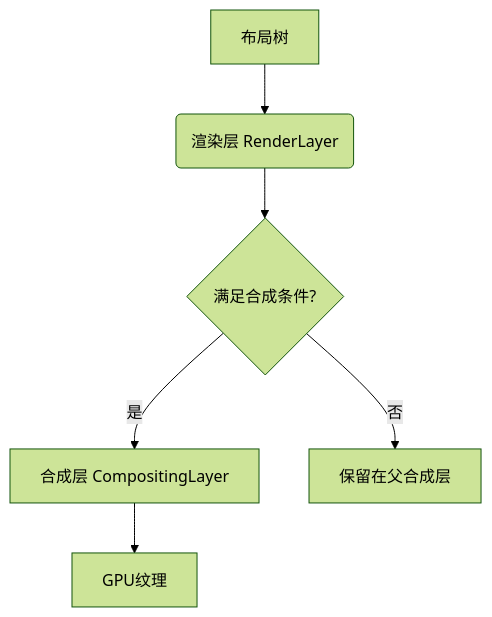
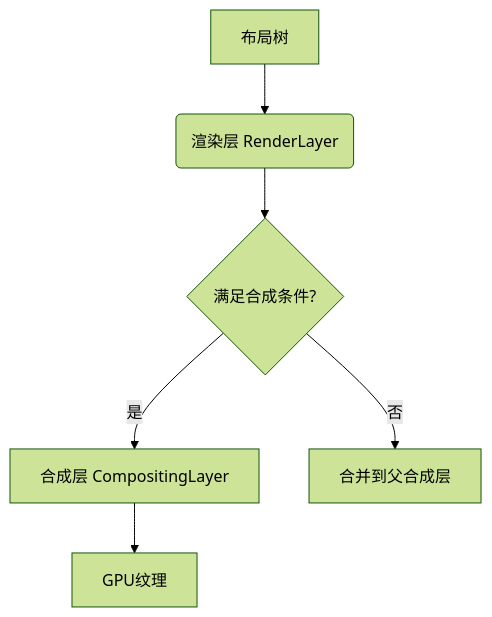
Before and after one commit to jianhua1996/vitepress-blog: the third of 4 diagrams in posts/浏览器渲染原理（二）.md, drawn with Mermaid (forest theme). The commit also changed other lines of this file and 2 other files, not shown here.

````diff
--- a/posts/浏览器渲染原理（二）.md
+++ b/posts/浏览器渲染原理（二）.md
@@ -126,8 +176,8 @@
 ```mermaid
-graph TD
-    A[布局树] --> B(渲染层 RenderLayer)
-    B --> C{满足合成条件?}
-    C -->|是| D[合成层 CompositingLayer]
-    C -->|否| E[保留在父合成层]
-    D --> F[GPU纹理]
+  graph TD
+  A[布局树] --> B(渲染层 RenderLayer)
+  B --> C{满足合成条件?}
+  C -->|是| D[合成层 CompositingLayer]
+  C -->|否| E[合并到父合成层]
+  D --> F[GPU纹理]
 ```
````
